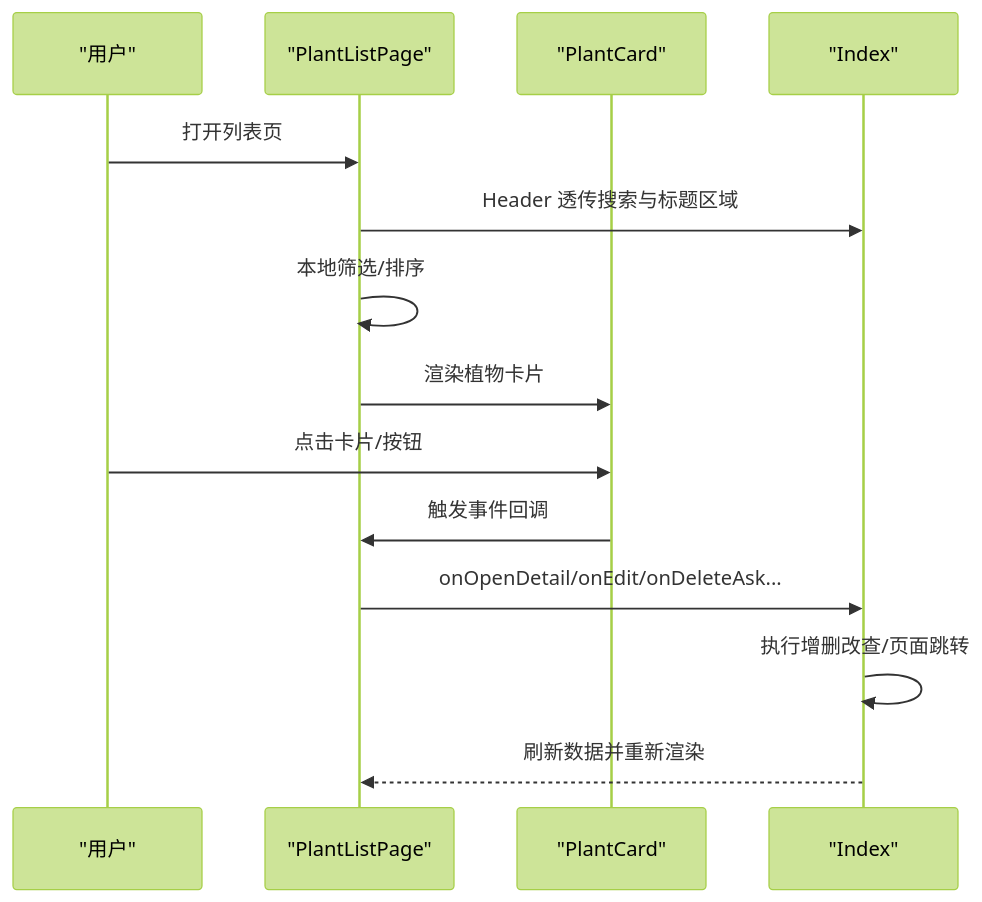
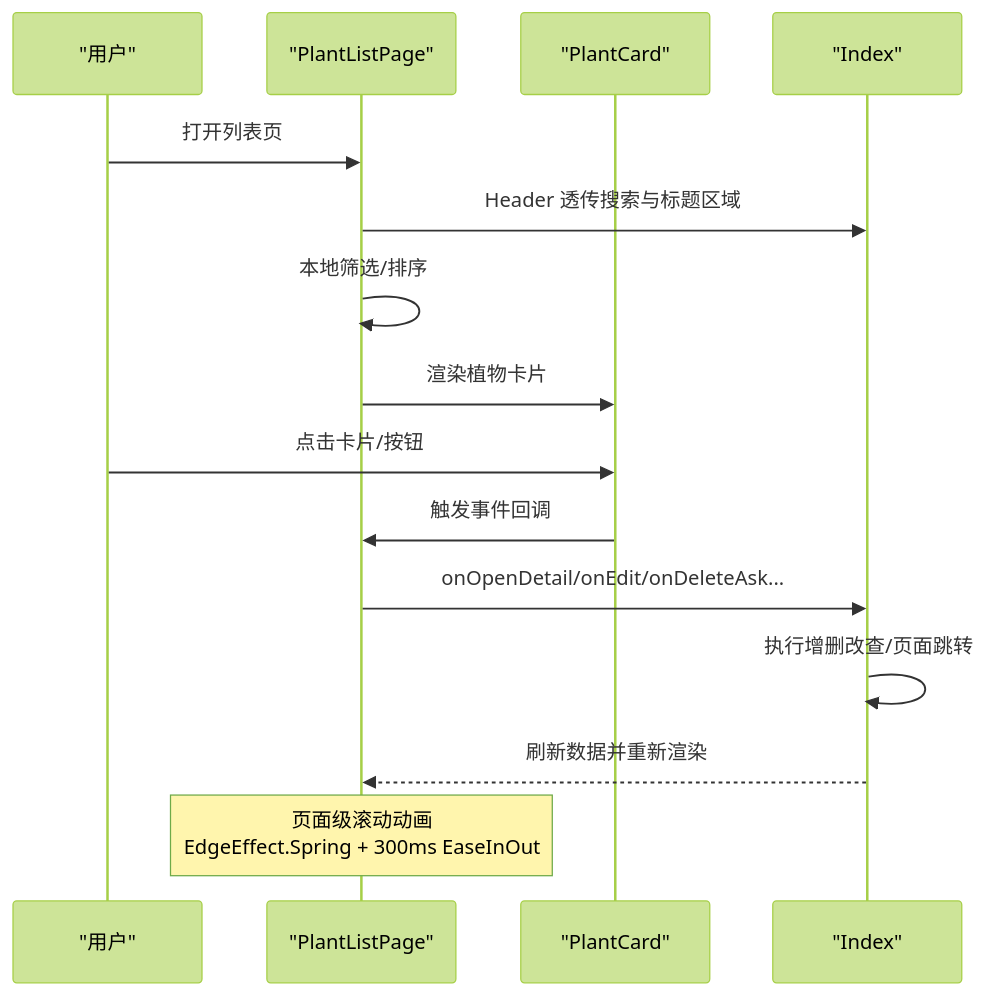
One commit to mmt1202/PlantModel changed the second of 5 diagrams in .qoder/repowiki/zh/content/核心模块/页面层/植物列表页 PlantListPage.md. Above: the diagram before and after it, drawn with Mermaid (forest theme). The commit also changed other lines of this file and 14 other files, not shown here.

````diff
--- a/.qoder/repowiki/zh/content/核心模块/页面层/植物列表页 PlantListPage.md
+++ b/.qoder/repowiki/zh/content/核心模块/页面层/植物列表页 PlantListPage.md
@@ -92,16 +100,17 @@
 ```mermaid
 sequenceDiagram
 participant U as "用户"
 participant LP as "PlantListPage"
 participant PC as "PlantCard"
 participant IDX as "Index"
 U->>LP : 打开列表页
 LP->>IDX : Header 透传搜索与标题区域
 LP->>LP : 本地筛选/排序
 LP->>PC : 渲染植物卡片
 U->>PC : 点击卡片/按钮
 PC->>LP : 触发事件回调
 LP->>IDX : onOpenDetail/onEdit/onDeleteAsk...
 IDX->>IDX : 执行增删改查/页面跳转
 IDX-->>LP : 刷新数据并重新渲染
+Note over LP : 页面级滚动动画<br/>EdgeEffect.Spring + 300ms EaseInOut
 ```
````
